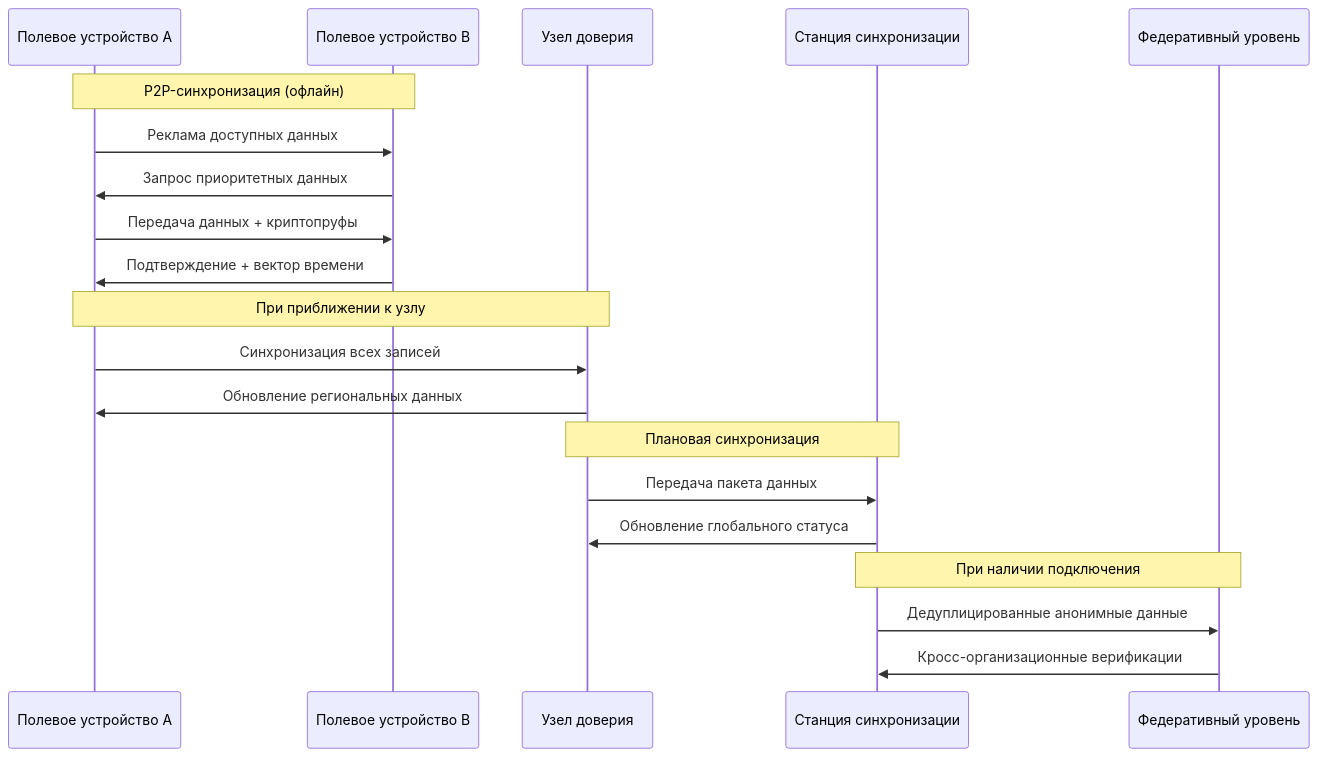
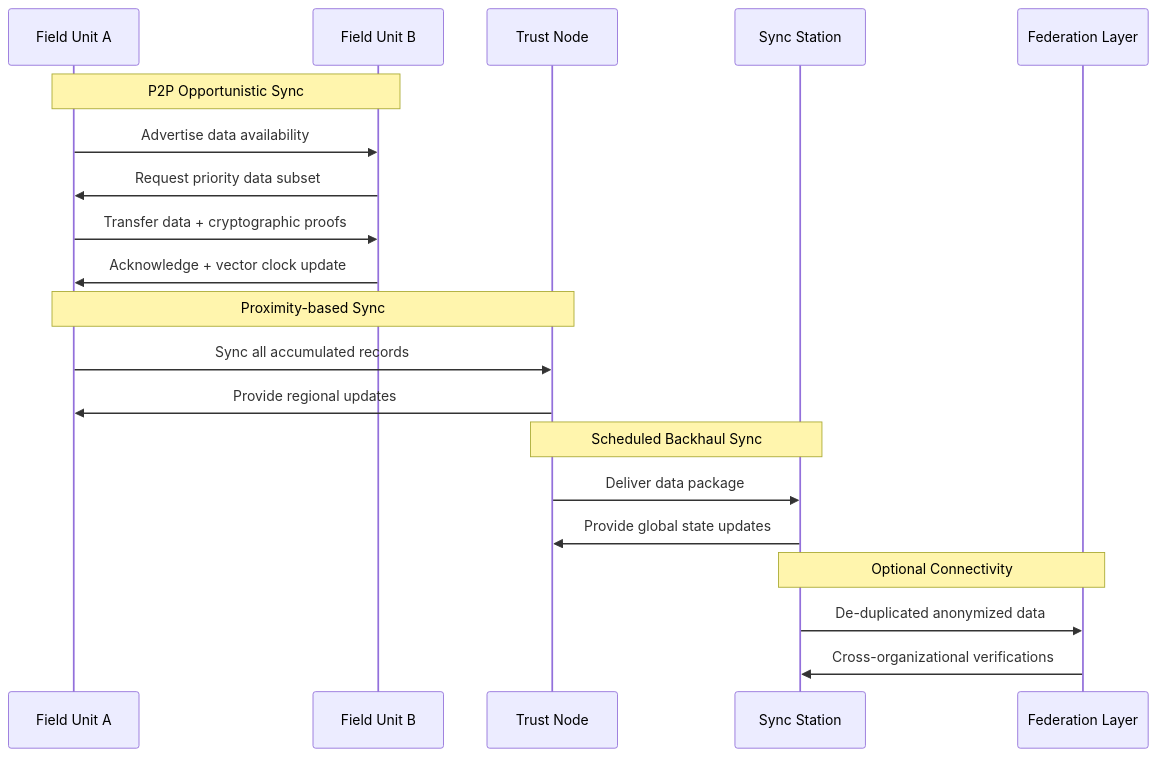
One commit to Ablikon/Endterm changed the fourth of 7 diagrams in Endterm/6 task/MESA_Humanitarian_Aid_System.md. Above: the diagram before and after it, drawn with Mermaid. The commit also changed other lines of this file, not shown here.

````diff
--- a/Endterm/6 task/MESA_Humanitarian_Aid_System.md
+++ b/Endterm/6 task/MESA_Humanitarian_Aid_System.md
@@ -142,26 +252,26 @@
 ```mermaid
 sequenceDiagram
-    participant FU1 as Полевое устройство A
-    participant FU2 as Полевое устройство B
-    participant CTN as Узел доверия
-    participant SS as Станция синхронизации
-    participant FL as Федеративный уровень
+    participant FU1 as Field Unit A
+    participant FU2 as Field Unit B
+    participant CTN as Trust Node
+    participant SS as Sync Station
+    participant FL as Federation Layer
     
-    Note over FU1,FU2: P2P-синхронизация (офлайн)
-    FU1 ->> FU2: Реклама доступных данных
-    FU2 ->> FU1: Запрос приоритетных данных
-    FU1 ->> FU2: Передача данных + криптопруфы
-    FU2 ->> FU1: Подтверждение + вектор времени
+    Note over FU1,FU2: P2P Opportunistic Sync
+    FU1 ->> FU2: Advertise data availability
+    FU2 ->> FU1: Request priority data subset
+    FU1 ->> FU2: Transfer data + cryptographic proofs
+    FU2 ->> FU1: Acknowledge + vector clock update
     
-    Note over FU1,CTN: При приближении к узлу
-    FU1 ->> CTN: Синхронизация всех записей
-    CTN ->> FU1: Обновление региональных данных
+    Note over FU1,CTN: Proximity-based Sync
+    FU1 ->> CTN: Sync all accumulated records
+    CTN ->> FU1: Provide regional updates
     
-    Note over CTN,SS: Плановая синхронизация
-    CTN ->> SS: Передача пакета данных
-    SS ->> CTN: Обновление глобального статуса
+    Note over CTN,SS: Scheduled Backhaul Sync
+    CTN ->> SS: Deliver data package
+    SS ->> CTN: Provide global state updates
     
-    Note over SS,FL: При наличии подключения
-    SS ->> FL: Дедуплицированные анонимные данные
-    FL ->> SS: Кросс-организационные верификации
+    Note over SS,FL: Optional Connectivity
+    SS ->> FL: De-duplicated anonymized data
+    FL ->> SS: Cross-organizational verifications
 ```
````
